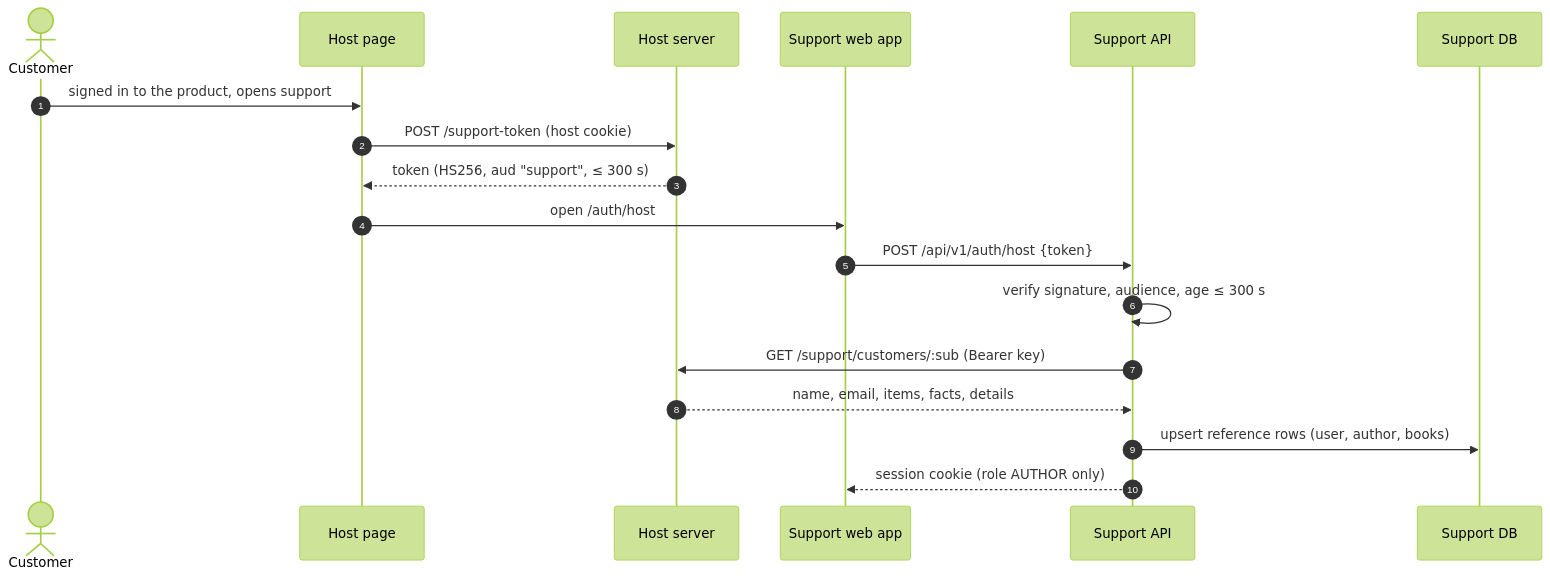
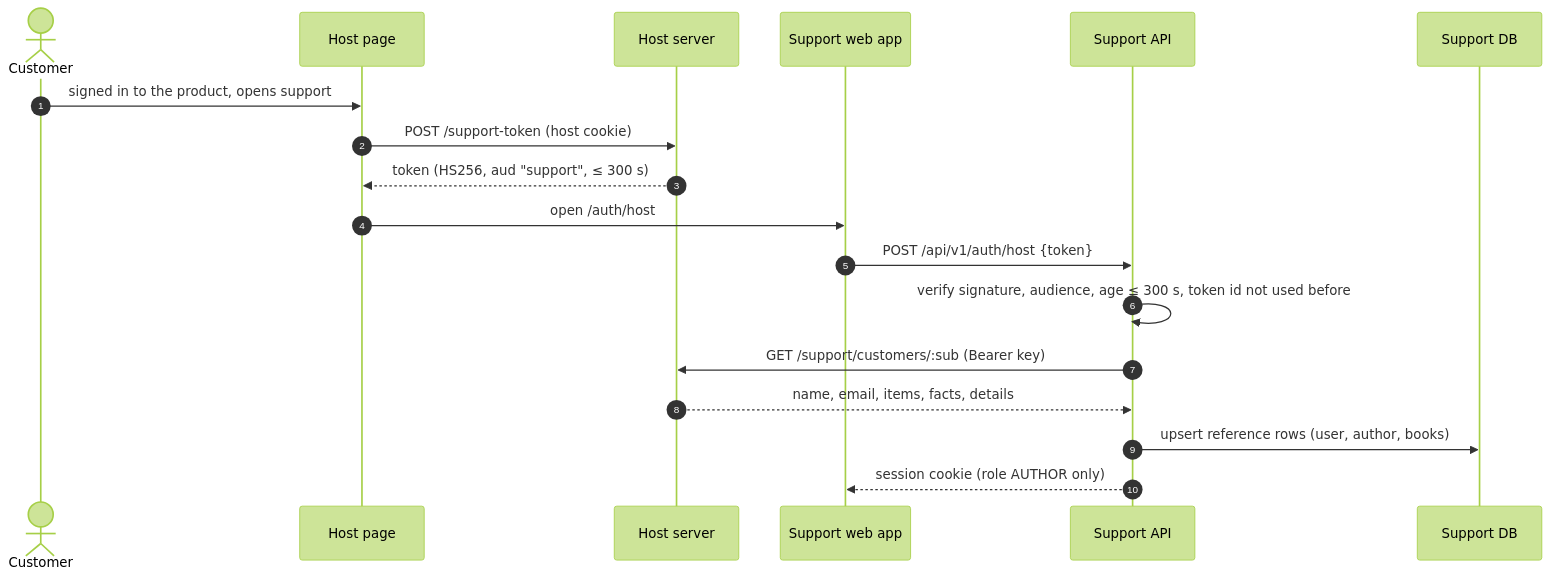
Diagram 11 of 13 in docs/architecture.md (akshykmratloop/bookLeaf_support_system), drawn with Mermaid (forest theme) before and after one commit. The commit also changed other lines of this file and 1 other file, not shown here.

Commit message:
docs(integration): token id, API-only prefix mounting, embed cookie scope

````diff
--- a/docs/architecture.md
+++ b/docs/architecture.md
@@ -408,21 +408,21 @@
 ```mermaid
 sequenceDiagram
     autonumber
     actor C as Customer
     participant HP as Host page
     participant HS as Host server
     participant W as Support web app
     participant API as Support API
     participant DB as Support DB
 
     C->>HP: signed in to the product, opens support
     HP->>HS: POST /support-token (host cookie)
     HS-->>HP: token (HS256, aud "support", ≤ 300 s)
     HP->>W: open /auth/host#t=TOKEN (fragment: never sent to a server)
     W->>API: POST /api/v1/auth/host {token}
-    API->>API: verify signature, audience, age ≤ 300 s
+    API->>API: verify signature, audience, age ≤ 300 s, token id not used before
     API->>HS: GET /support/customers/:sub (Bearer key)
     HS-->>API: name, email, items, facts, details
     API->>DB: upsert reference rows (user, author, books)
     API-->>W: session cookie (role AUTHOR only)
 ```
````
